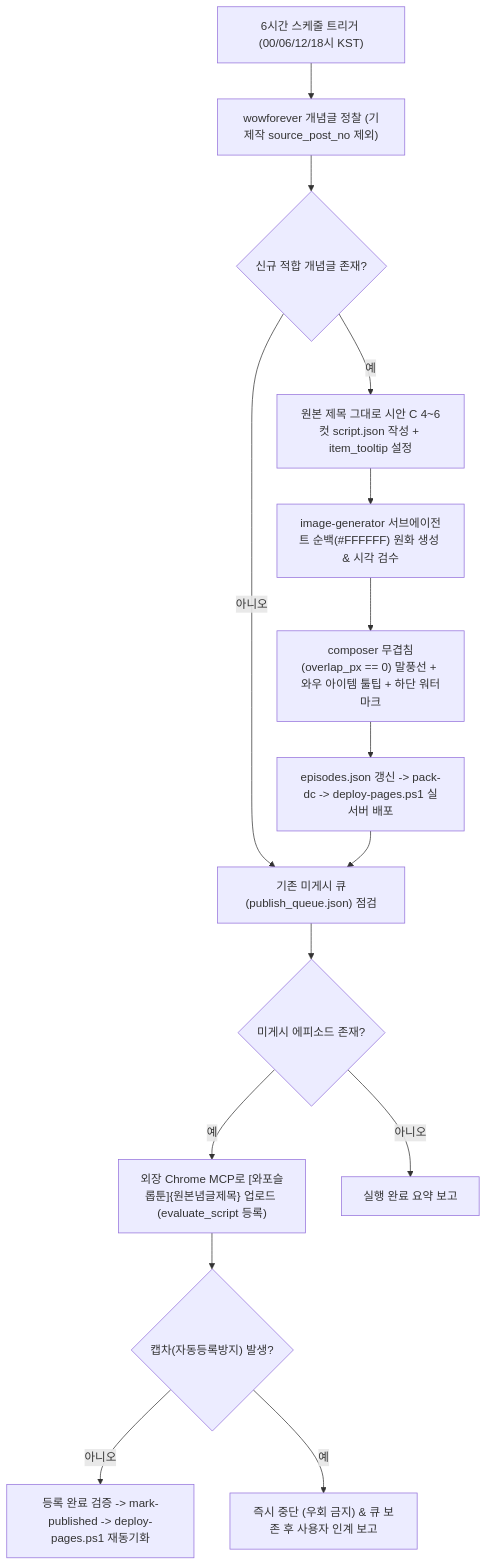
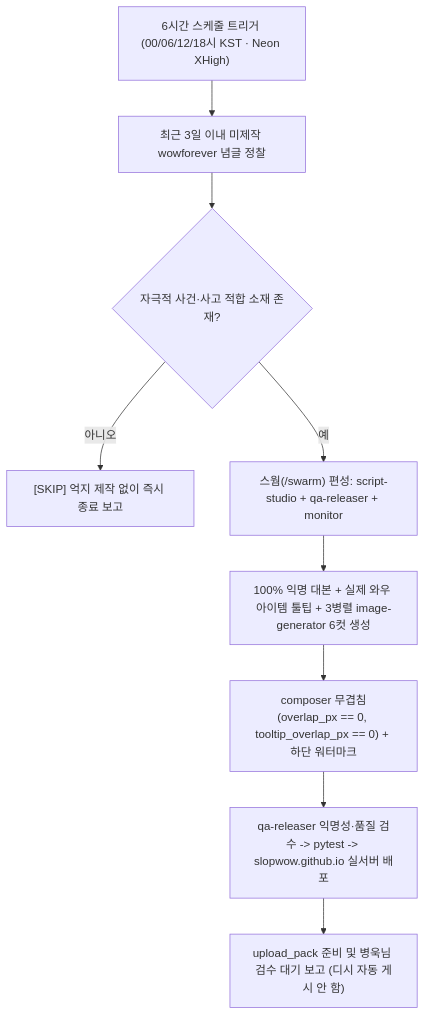
One commit to slopwow/slopwow.github.io changed the diagram in AUTOMATION.md. Above: the diagram before and after it, drawn with Mermaid. The commit also changed other lines of this file and 29 other files, not shown here.

````diff
--- a/AUTOMATION.md
+++ b/AUTOMATION.md
@@ -48,17 +49,11 @@
 ```mermaid
 flowchart TD
-    A["6시간 스케줄 트리거 (00/06/12/18시 KST)"] --> B["wowforever 개념글 정찰 (기제작 source_post_no 제외)"]
-    B --> C{"신규 적합 개념글 존재?"}
-    C -- "예" --> D["원본 제목 그대로 시안 C 4~6컷 script.json 작성 + item_tooltip 설정"]
-    D --> E["image-generator 서브에이전트 순백(#FFFFFF) 원화 생성 & 시각 검수"]
-    E --> F["composer 무겹침(overlap_px == 0) 말풍선 + 와우 아이템 툴팁 + 하단 워터마크"]
-    F --> G["episodes.json 갱신 -> pack-dc -> deploy-pages.ps1 실서버 배포"]
-    C -- "아니오" --> H["기존 미게시 큐(publish_queue.json) 점검"]
-    G --> H
-    H --> I{"미게시 에피소드 존재?"}
-    I -- "예" --> J["외장 Chrome MCP로 [와포슬롭툰]{원본념글제목} 업로드 (evaluate_script 등록)"]
-    J --> K{"캡차(자동등록방지) 발생?"}
-    K -- "아니오" --> L["등록 완료 검증 -> mark-published -> deploy-pages.ps1 재동기화"]
-    K -- "예" --> M["즉시 중단 (우회 금지) & 큐 보존 후 사용자 인계 보고"]
-    I -- "아니오" --> N["실행 완료 요약 보고"]
+    A["6시간 스케줄 트리거 (00/06/12/18시 KST · Neon XHigh)"] --> B["최근 3일 이내 미제작 wowforever 념글 정찰"]
+    B --> C{"자극적 사건·사고 적합 소재 존재?"}
+    C -- "아니오" --> S["[SKIP] 억지 제작 없이 즉시 종료 보고"]
+    C -- "예" --> D["스웜(/swarm) 편성: script-studio + qa-releaser + monitor"]
+    D --> E["100% 익명 대본 + 실제 와우 아이템 툴팁 + 3병렬 image-generator 6컷 생성"]
+    E --> F["composer 무겹침(overlap_px == 0, tooltip_overlap_px == 0) + 하단 워터마크"]
+    F --> G["qa-releaser 익명성·품질 검수 -> pytest -> slopwow.github.io 실서버 배포"]
+    G --> H["upload_pack 준비 및 병욱님 검수 대기 보고 (디시 자동 게시 안 함)"]
 ```
````
